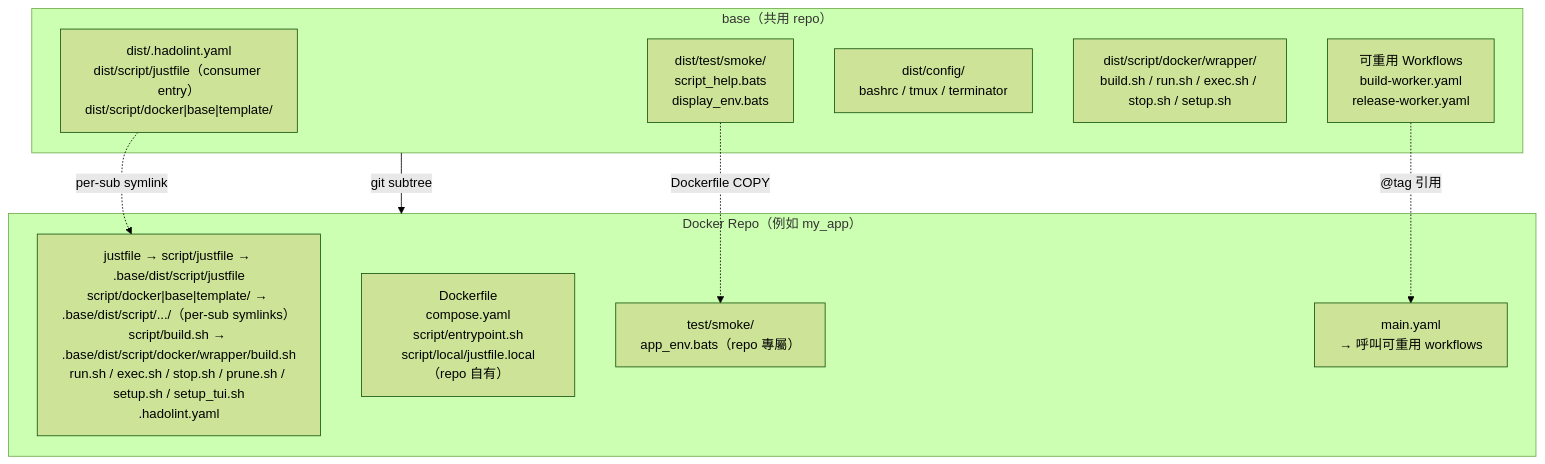
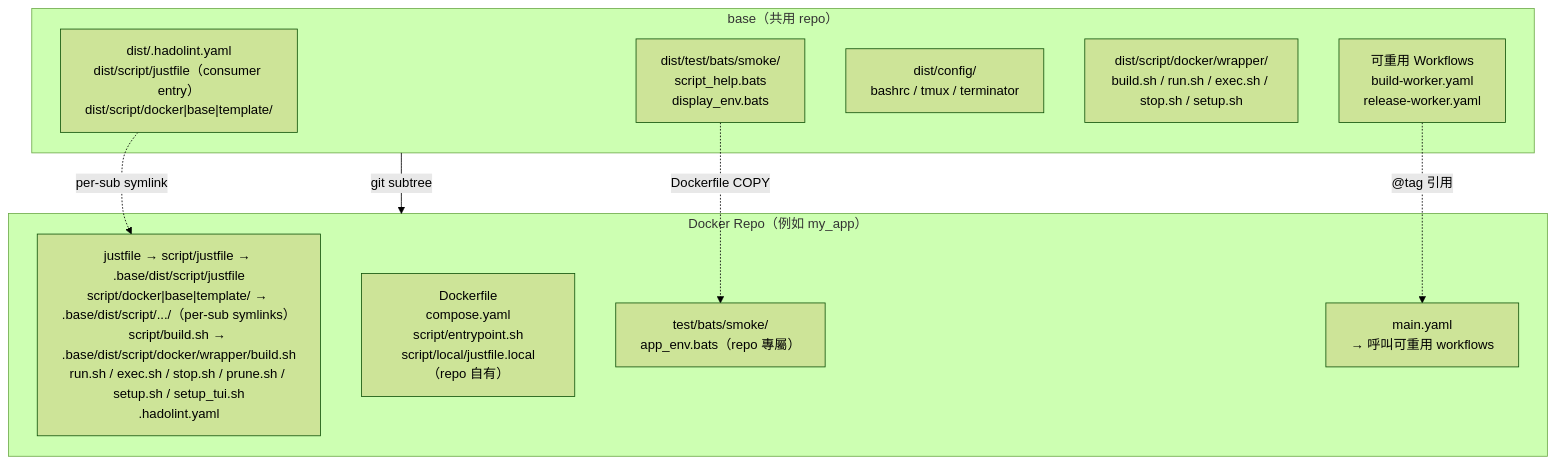
One commit to ycpss91255-docker/base changed the first of 2 diagrams in doc/readme/README.zh-TW.md. Above: the diagram before and after it, drawn with Mermaid (forest theme). The commit also changed other lines of this file and 20 other files, not shown here.

First line of the commit message:
refactor(smoke): dist tool-first per-stage smoke layout (S3, closes #783) (#790)

````diff
--- a/doc/readme/README.zh-TW.md
+++ b/doc/readme/README.zh-TW.md
@@ -78,22 +78,22 @@
 ```mermaid
 graph TB
     subgraph base["base（共用 repo）"]
         scripts["dist/.hadolint.yaml<br/>dist/script/justfile（consumer entry）<br/>dist/script/docker|base|template/"]
-        smoke["dist/test/smoke/<br/>script_help.bats<br/>display_env.bats"]
+        smoke["dist/test/bats/smoke/<br/>script_help.bats<br/>display_env.bats"]
         config["dist/config/<br/>bashrc / tmux / terminator"]
         mgmt["dist/script/docker/wrapper/<br/>build.sh / run.sh / exec.sh / stop.sh / setup.sh"]
         workflows["可重用 Workflows<br/>build-worker.yaml<br/>release-worker.yaml"]
     end
 
     subgraph consumer["Docker Repo（例如 my_app）"]
         symlinks["justfile → script/justfile → .base/dist/script/justfile<br/>script/docker|base|template/ → .base/dist/script/.../（per-sub symlinks）<br/>script/build.sh → .base/dist/script/docker/wrapper/build.sh<br/>run.sh / exec.sh / stop.sh / prune.sh / setup.sh / setup_tui.sh<br/>.hadolint.yaml"]
         dockerfile["Dockerfile<br/>compose.yaml<br/>script/entrypoint.sh<br/>script/local/justfile.local（repo 自有）"]
-        repo_test["test/smoke/<br/>app_env.bats（repo 專屬）"]
+        repo_test["test/bats/smoke/<br/>app_env.bats（repo 專屬）"]
         main_yaml["main.yaml<br/>→ 呼叫可重用 workflows"]
     end
 
     base -- "git subtree" --> consumer
     scripts -. "per-sub symlink" .-> symlinks
     smoke -. "Dockerfile COPY" .-> repo_test
     workflows -. "@tag 引用" .-> main_yaml
 ```
````
